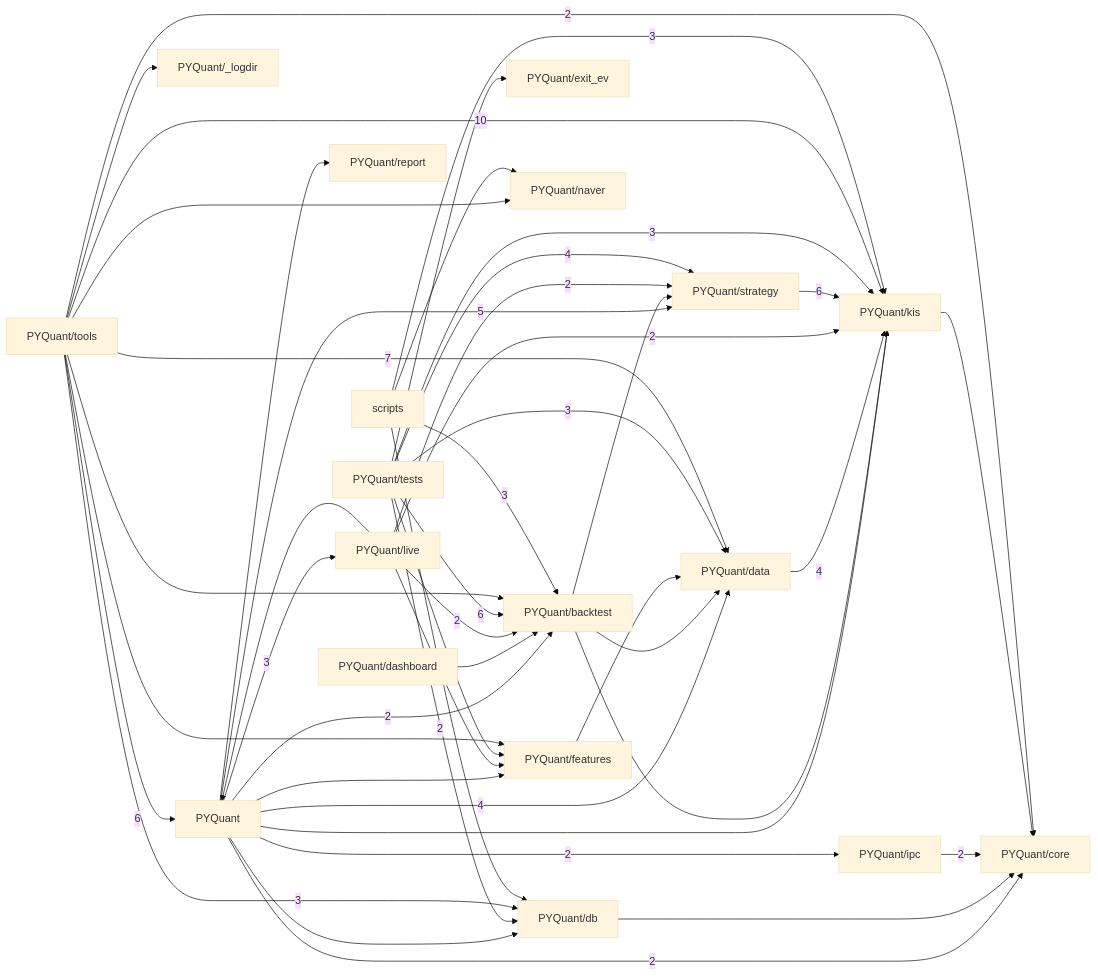
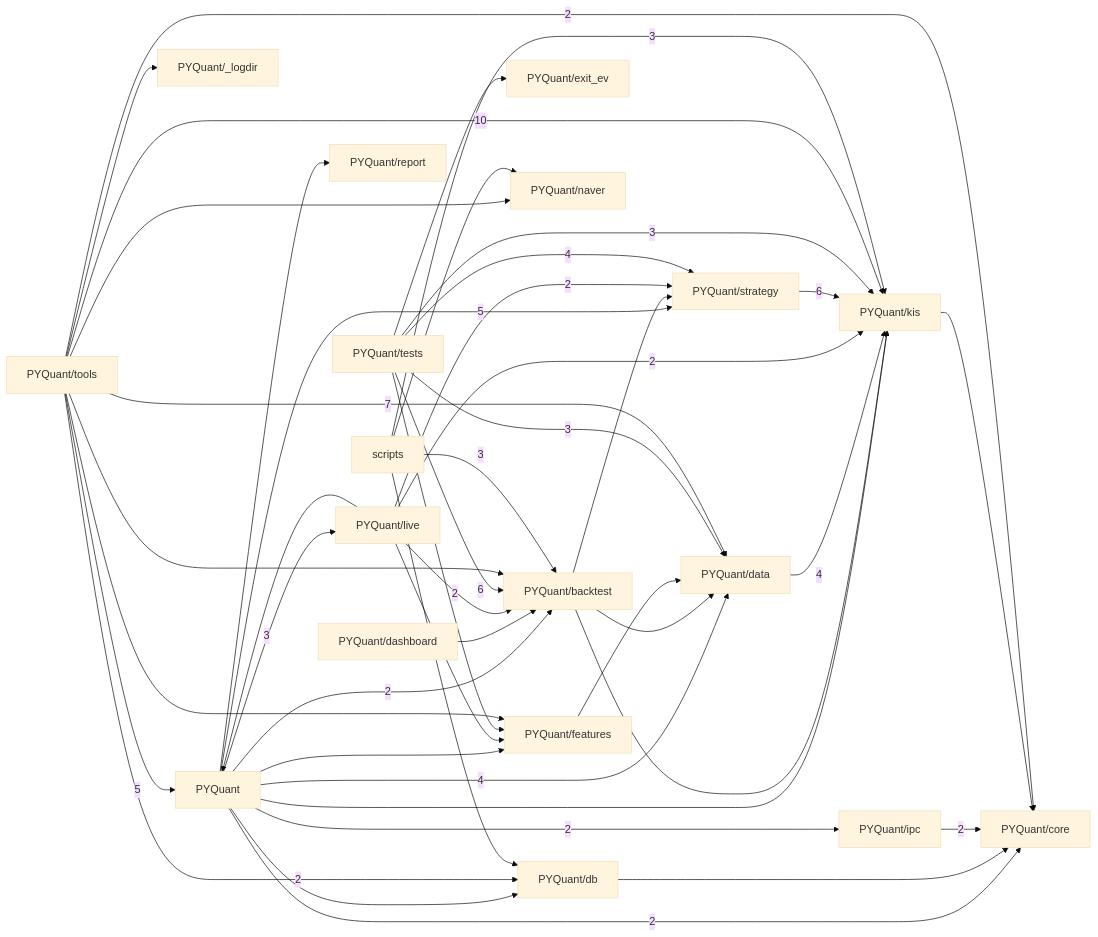
Before and after one commit to pypy8171/Quant: the third of 3 diagrams in docs/CODE_GRAPH.md, drawn with Mermaid (base theme). The commit also changed other lines of this file and 13 other files, not shown here.

````diff
--- a/docs/CODE_GRAPH.md
+++ b/docs/CODE_GRAPH.md
@@ -811,66 +811,65 @@
 ```mermaid
 graph LR
   p_PYQuant["PYQuant"]
   p_PYQuant__logdir["PYQuant/_logdir"]
   p_PYQuant_backtest["PYQuant/backtest"]
   p_PYQuant_core["PYQuant/core"]
   p_PYQuant_dashboard["PYQuant/dashboard"]
   p_PYQuant_data["PYQuant/data"]
   p_PYQuant_db["PYQuant/db"]
   p_PYQuant_exit_ev["PYQuant/exit_ev"]
   p_PYQuant_features["PYQuant/features"]
   p_PYQuant_ipc["PYQuant/ipc"]
   p_PYQuant_kis["PYQuant/kis"]
   p_PYQuant_live["PYQuant/live"]
   p_PYQuant_naver["PYQuant/naver"]
   p_PYQuant_report["PYQuant/report"]
   p_PYQuant_strategy["PYQuant/strategy"]
   p_PYQuant_tests["PYQuant/tests"]
   p_PYQuant_tools["PYQuant/tools"]
   p_scripts["scripts"]
   p_PYQuant -->|2| p_PYQuant_backtest
   p_PYQuant -->|2| p_PYQuant_core
   p_PYQuant -->|4| p_PYQuant_data
   p_PYQuant --> p_PYQuant_db
   p_PYQuant --> p_PYQuant_features
   p_PYQuant -->|2| p_PYQuant_ipc
   p_PYQuant --> p_PYQuant_kis
   p_PYQuant -->|3| p_PYQuant_live
   p_PYQuant --> p_PYQuant_report
   p_PYQuant -->|5| p_PYQuant_strategy
   p_PYQuant_backtest --> p_PYQuant_data
   p_PYQuant_backtest --> p_PYQuant_kis
   p_PYQuant_backtest --> p_PYQuant_strategy
   p_PYQuant_dashboard --> p_PYQuant_backtest
   p_PYQuant_data -->|4| p_PYQuant_kis
   p_PYQuant_db --> p_PYQuant_core
   p_PYQuant_features --> p_PYQuant_data
   p_PYQuant_ipc -->|2| p_PYQuant_core
   p_PYQuant_kis --> p_PYQuant_core
   p_PYQuant_live --> p_PYQuant
   p_PYQuant_live -->|2| p_PYQuant_backtest
   p_PYQuant_live --> p_PYQuant_features
   p_PYQuant_live -->|2| p_PYQuant_kis
   p_PYQuant_live -->|2| p_PYQuant_strategy
   p_PYQuant_strategy -->|6| p_PYQuant_kis
   p_PYQuant_tests -->|6| p_PYQuant_backtest
   p_PYQuant_tests -->|3| p_PYQuant_data
-  p_PYQuant_tests -->|2| p_PYQuant_db
   p_PYQuant_tests --> p_PYQuant_exit_ev
   p_PYQuant_tests --> p_PYQuant_features
   p_PYQuant_tests -->|3| p_PYQuant_kis
   p_PYQuant_tests -->|4| p_PYQuant_strategy
-  p_PYQuant_tools -->|6| p_PYQuant
+  p_PYQuant_tools -->|5| p_PYQuant
   p_PYQuant_tools --> p_PYQuant__logdir
   p_PYQuant_tools --> p_PYQuant_backtest
   p_PYQuant_tools -->|2| p_PYQuant_core
   p_PYQuant_tools -->|7| p_PYQuant_data
-  p_PYQuant_tools -->|3| p_PYQuant_db
+  p_PYQuant_tools -->|2| p_PYQuant_db
   p_PYQuant_tools --> p_PYQuant_features
   p_PYQuant_tools -->|10| p_PYQuant_kis
   p_PYQuant_tools --> p_PYQuant_naver
   p_scripts -->|3| p_PYQuant_backtest
   p_scripts --> p_PYQuant_db
   p_scripts -->|3| p_PYQuant_kis
   p_scripts --> p_PYQuant_naver
 ```
````
